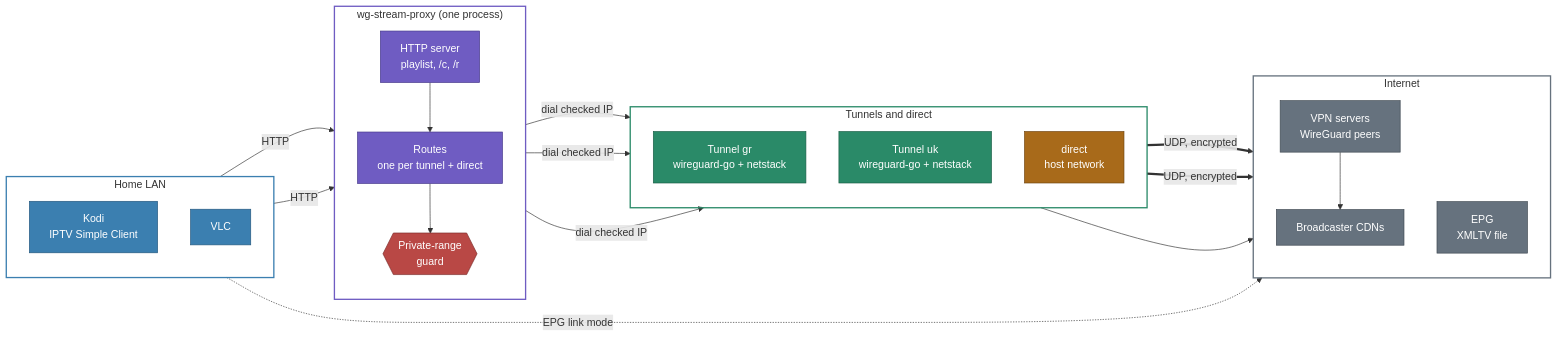
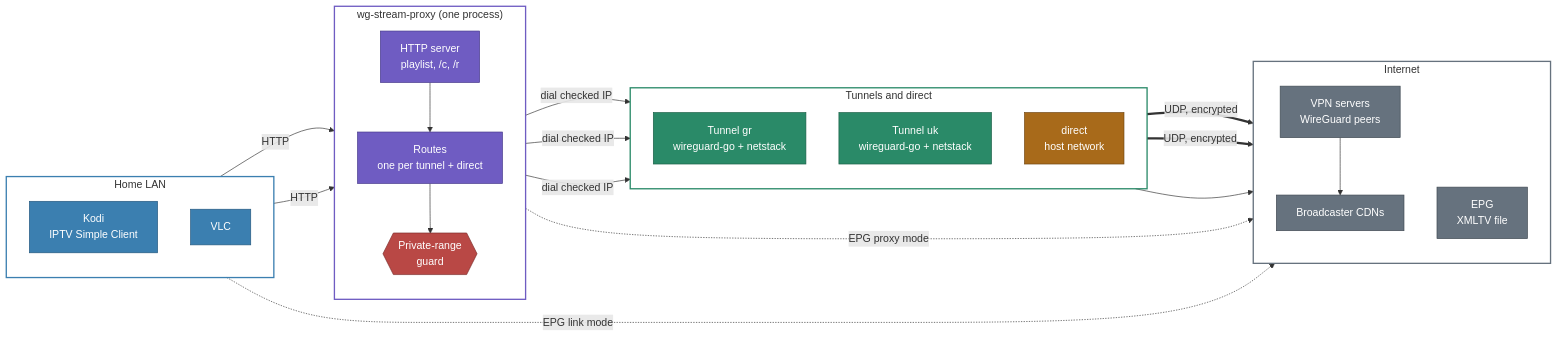
One commit to KingOfKalk/wg-stream-proxy changed the second of 18 diagrams in docs/architecture.md. Above: the diagram before and after it, drawn with Mermaid. The commit also changed other lines of this file and 34 other files, not shown here.

Commit message:
feat(epg): fetch, filter and merge EPG sources through routes (#126)

````diff
--- a/docs/architecture.md
+++ b/docs/architecture.md
@@ -65,45 +65,46 @@
 ```mermaid
 flowchart LR
     subgraph lan["Home LAN"]
         direction TB
         kodi["Kodi<br/>IPTV Simple Client"]:::lan
         vlc["VLC"]:::lan
     end
     subgraph proxy["wg-stream-proxy (one process)"]
         direction TB
         srv["HTTP server<br/>playlist, /c, /r"]:::proxy
         routes["Routes<br/>one per tunnel + direct"]:::proxy
         guard{{"Private-range<br/>guard"}}:::guard
     end
     subgraph nets["Tunnels and direct"]
         direction TB
         gr["Tunnel gr<br/>wireguard-go + netstack"]:::tunnel
         uk["Tunnel uk<br/>wireguard-go + netstack"]:::tunnel
         direct["direct<br/>host network"]:::direct
     end
     subgraph inet["Internet"]
         direction TB
         vpn["VPN servers<br/>WireGuard peers"]:::inet
         cdn["Broadcaster CDNs"]:::inet
         epg["EPG<br/>XMLTV file"]:::inet
     end
 
     kodi & vlc -- "HTTP" --> srv
     srv --> routes --> guard
     guard -- "dial checked IP" --> gr & uk & direct
     gr & uk == "UDP, encrypted" ==> vpn
     vpn --> cdn
     direct --> cdn
     kodi -. "EPG link mode" .-> epg
+    routes -. "EPG proxy mode" .-> epg
 
     classDef lan fill:#3b7fb0,stroke:#24577d,color:#ffffff
     classDef proxy fill:#6f5cc2,stroke:#46398a,color:#ffffff
     classDef tunnel fill:#2a8a68,stroke:#1a5e46,color:#ffffff
     classDef direct fill:#a86a1a,stroke:#6e4511,color:#ffffff
     classDef inet fill:#66727e,stroke:#3f4851,color:#ffffff
     classDef guard fill:#b94845,stroke:#7a2c2a,color:#ffffff
     style lan fill:none,stroke:#3b7fb0,stroke-width:2px
     style proxy fill:none,stroke:#6f5cc2,stroke-width:2px
     style nets fill:none,stroke:#2a8a68,stroke-width:2px
     style inet fill:none,stroke:#66727e,stroke-width:2px
 ```
````
